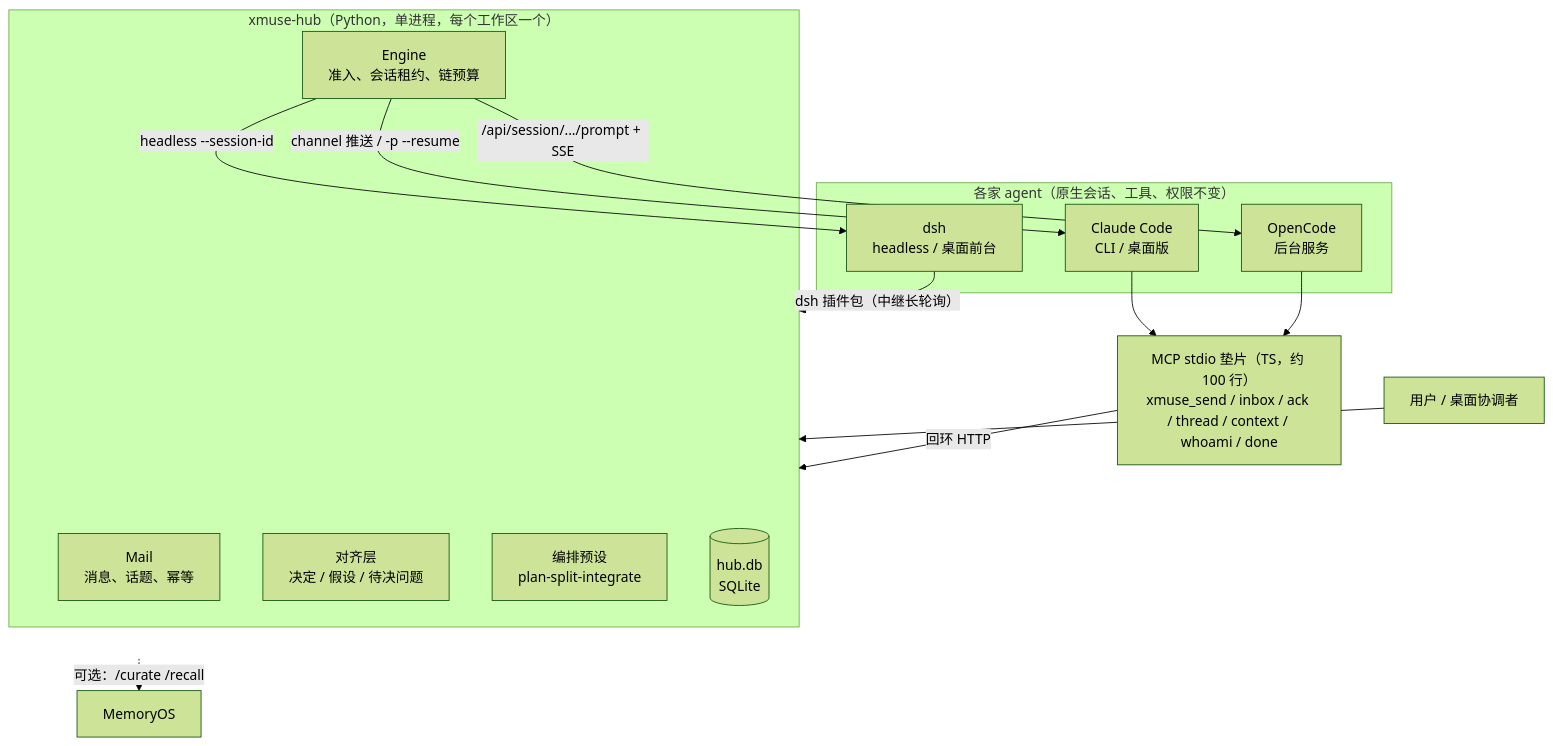
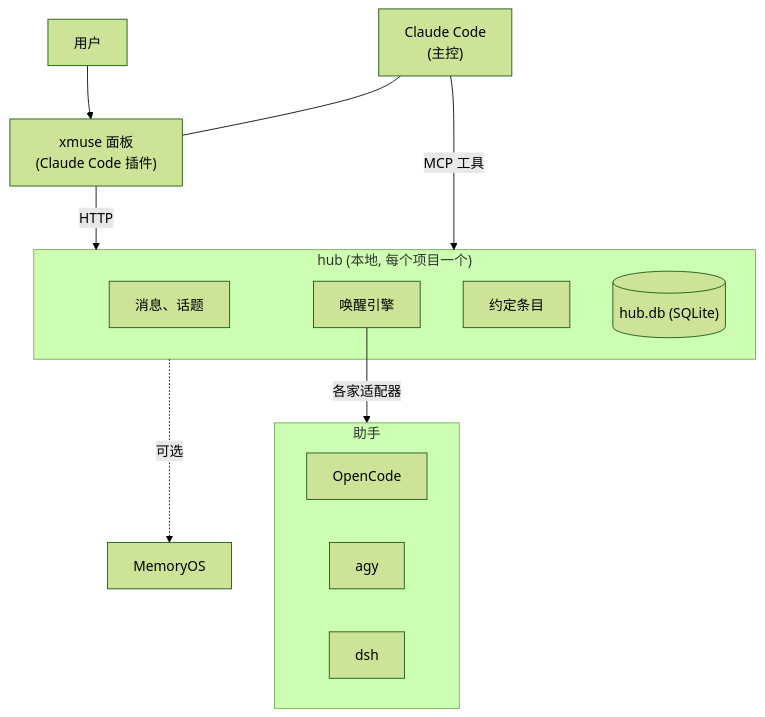
The diagram in README.md (iiyazu/Cross-Muse), drawn with Mermaid (forest theme) before and after one commit. The commit also changed other lines of this file and 5 other files, not shown here.

````diff
--- a/README.md
+++ b/README.md
@@ -15,24 +24,20 @@
 ```mermaid
 flowchart TB
-  subgraph Agents["各家 agent（原生会话、工具、权限不变）"]
-    CC["Claude Code<br/>CLI / 桌面版"]
-    OC["OpenCode<br/>后台服务"]
-    DSH["dsh<br/>headless / 桌面前台"]
+  USER["用户"] --> PANEL["xmuse 面板<br/>(Claude Code 插件)"]
+  CC["Claude Code<br/>(主控)"] --- PANEL
+  subgraph HELPERS["助手"]
+    OC["OpenCode"]
+    AGY["agy"]
+    DSH["dsh"]
   end
-  SHIM["MCP stdio 垫片（TS，约 100 行）<br/>xmuse_send / inbox / ack / thread / context / whoami / done"]
-  CC & OC --> SHIM
-  DSH -->|"dsh 插件包（中继长轮询）"| HUB
-  SHIM -->|"回环 HTTP"| HUB
-  subgraph HUB["xmuse-hub（Python，单进程，每个工作区一个）"]
-    MAIL["Mail<br/>消息、话题、幂等"]
-    ENG["Engine<br/>准入、会话租约、链预算"]
-    ALIGN["对齐层<br/>决定 / 假设 / 待决问题"]
-    PRE["编排预设<br/>plan-split-integrate"]
-    DB[("hub.db<br/>SQLite")]
+  CC -->|"MCP 工具"| HUB
+  PANEL -->|"HTTP"| HUB
+  subgraph HUB["hub (本地, 每个项目一个)"]
+    MAIL["消息、话题"]
+    ENG["唤醒引擎"]
+    ALIGN["约定条目"]
+    DB[("hub.db (SQLite)")]
   end
-  ENG -->|"channel 推送 / -p --resume"| CC
-  ENG -->|"/api/session/.../prompt + SSE"| OC
-  ENG -->|"headless --session-id"| DSH
-  HUB -.->|"可选：/curate /recall"| MO["MemoryOS"]
-  USER["用户 / 桌面协调者"] --> HUB
+  ENG -->|"各家适配器"| HELPERS
+  HUB -.->|"可选"| MO["MemoryOS"]
 ```
````
